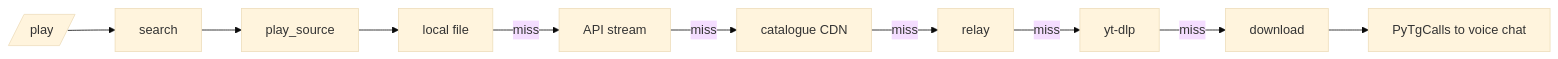
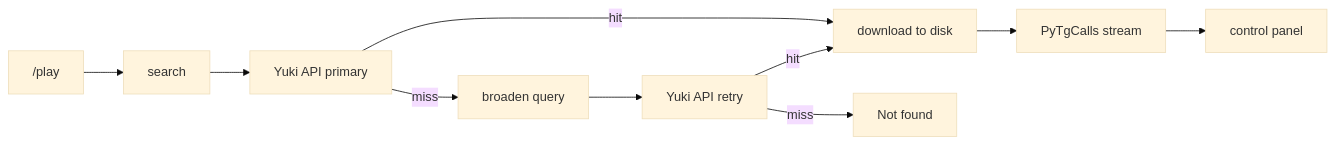
Before and after one commit to Igoanet/mikasa-music-bot: the diagram in README.md, drawn with Mermaid (base theme). The commit also changed other lines of this file and 2 other files, not shown here.

````diff
--- a/README.md
+++ b/README.md
@@ -77,12 +125,12 @@
 ```mermaid
 graph LR
-    Q[/play/] --> S[search]
-    S --> P[play_source]
-    P --> T1[local file]
-    T1 -->|miss| T2[API stream]
-    T2 -->|miss| T3[catalogue CDN]
-    T3 -->|miss| T4[relay]
-    T4 -->|miss| T5[yt-dlp]
-    T5 -->|miss| T6[download]
-    T6 --> VC[PyTgCalls to voice chat]
+    Q["/play"] --> S[search]
+    S --> Y[Yuki API primary]
+    Y -->|hit| D[download to disk]
+    Y -->|miss| B[broaden query]
+    B --> Y2[Yuki API retry]
+    Y2 -->|hit| D
+    Y2 -->|miss| F["Not found"]
+    D --> P[PyTgCalls stream]
+    P --> C[control panel]
 ```
````
